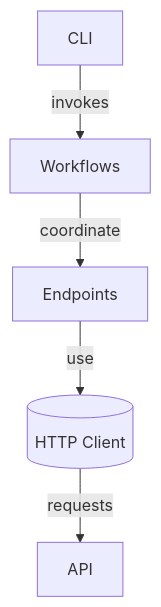
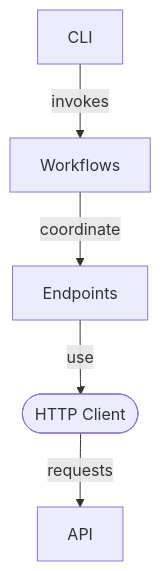
The first of 3 diagrams in docs/architecture.rst (fderuiter/imednet-python-sdk), drawn with Mermaid before and after one commit. The commit also changed other lines of this file and 4 other files, not shown here.

```diff
--- a/docs/architecture.rst
+++ b/docs/architecture.rst
@@ -11,7 +11,7 @@
 .. mermaid::
 
    graph TD
        CLI[CLI] --> |invokes| Workflows
        Workflows --> |coordinate| Endpoints
-       Endpoints --> |use| Client[(HTTP Client)]
+       Endpoints --> |use| Client(["HTTP Client"])
        Client --> |requests| API
```
